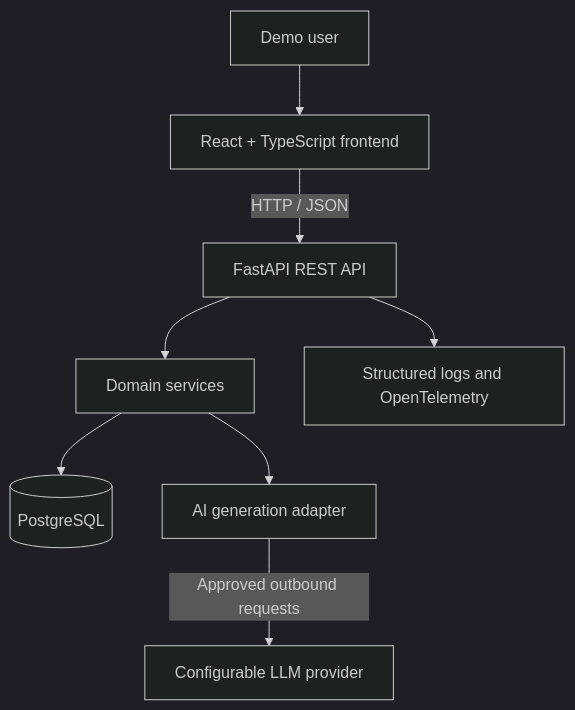
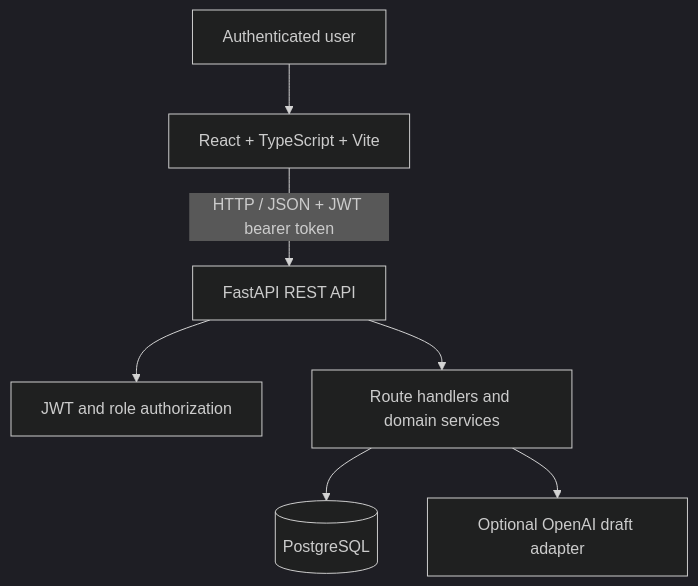
The diagram in docs/architecture.md (imend35/ai-bap), drawn with Mermaid (dark theme) before and after one commit. The commit also changed other lines of this file and 82 other files, not shown here.

````diff
--- a/docs/architecture.md
+++ b/docs/architecture.md
@@ -17,10 +21,9 @@
 ```mermaid
 flowchart TD
-    User[Demo user] --> UI[React + TypeScript frontend]
-    UI -->|HTTP / JSON| API[FastAPI REST API]
-    API --> Service[Domain services]
-    Service --> DB[(PostgreSQL)]
-    Service --> AI[AI generation adapter]
-    AI -->|Approved outbound requests| LLM[Configurable LLM provider]
-    API --> Telemetry[Structured logs and OpenTelemetry]
+    User[Authenticated user] --> UI[React + TypeScript + Vite]
+    UI -->|HTTP / JSON + JWT bearer token| API[FastAPI REST API]
+    API --> Auth[JWT and role authorization]
+    API --> Domain[Route handlers and domain services]
+    Domain --> DB[(PostgreSQL)]
+    Domain --> AI[Optional OpenAI draft adapter]
 ```
````
